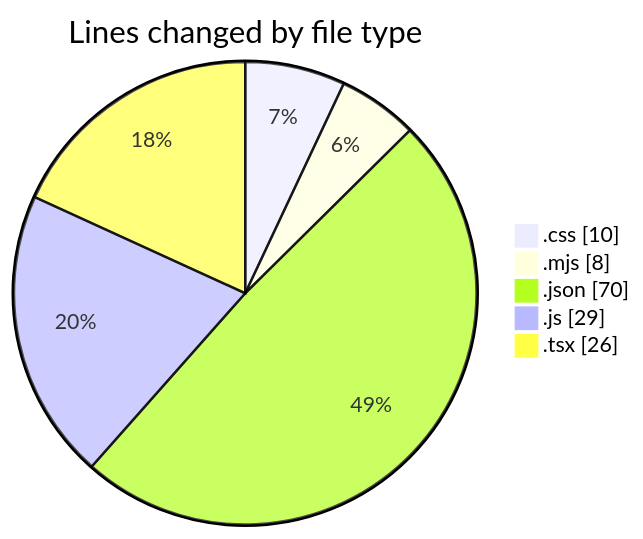
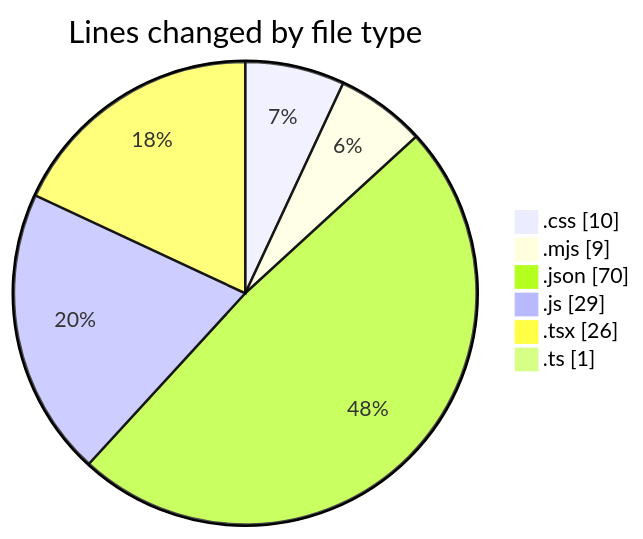
The first of 2 diagrams in 2025-06-23/scopecraft/README.md (Ritupan-Deka/code-tracking), drawn with Mermaid before and after one commit. The commit also changed other lines of this file and 1 other file, not shown here.

````diff
--- a/2025-06-23/scopecraft/README.md
+++ b/2025-06-23/scopecraft/README.md
@@ -25,9 +26,10 @@
 ```mermaid
 pie showData
 title Lines changed by file type
 ".css" : 10
-".mjs" : 8
+".mjs" : 9
 ".json" : 70
 ".js" : 29
 ".tsx" : 26
+".ts" : 1
 ```
````
